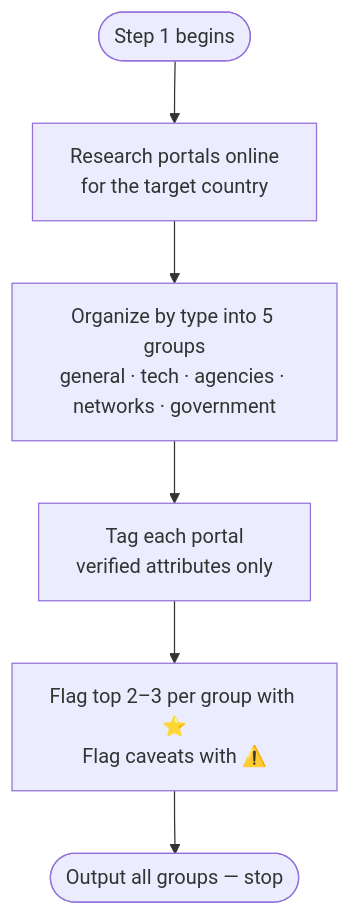
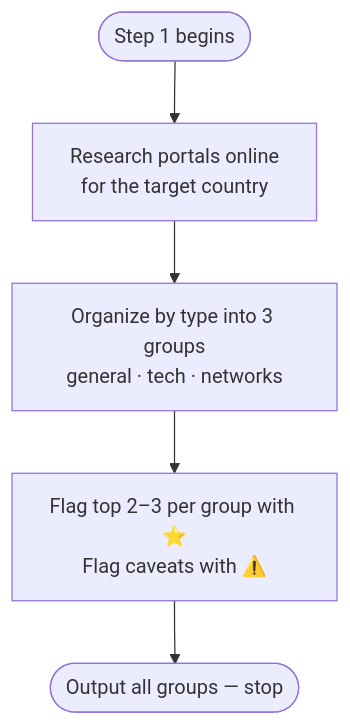
The diagram in docs/commands/portal-finder/step1-portal-research.md (myowinthein/agent-compass), drawn with Mermaid before and after one commit. The commit also changed other lines of this file and 5 other files, not shown here.

First line of the commit message:
feat(portal-finder): simplify groups, add portal URLs, drop verified tags

````diff
--- a/docs/commands/portal-finder/step1-portal-research.md
+++ b/docs/commands/portal-finder/step1-portal-research.md
@@ -14,8 +14,7 @@
 ```mermaid
 flowchart TD
   Start([Step 1 begins]) --> Research[Research portals online\nfor the target country]
-  Research --> Group[Organize by type into 5 groups\ngeneral · tech · agencies · networks · government]
-  Group --> Tag[Tag each portal\nverified attributes only]
-  Tag --> Flag[Flag top 2–3 per group with ⭐\nFlag caveats with ⚠️]
+  Research --> Group[Organize by type into 3 groups\ngeneral · tech · networks]
+  Group --> Flag[Flag top 2–3 per group with ⭐\nFlag caveats with ⚠️]
   Flag --> Output([Output all groups — stop])
 ```
````
